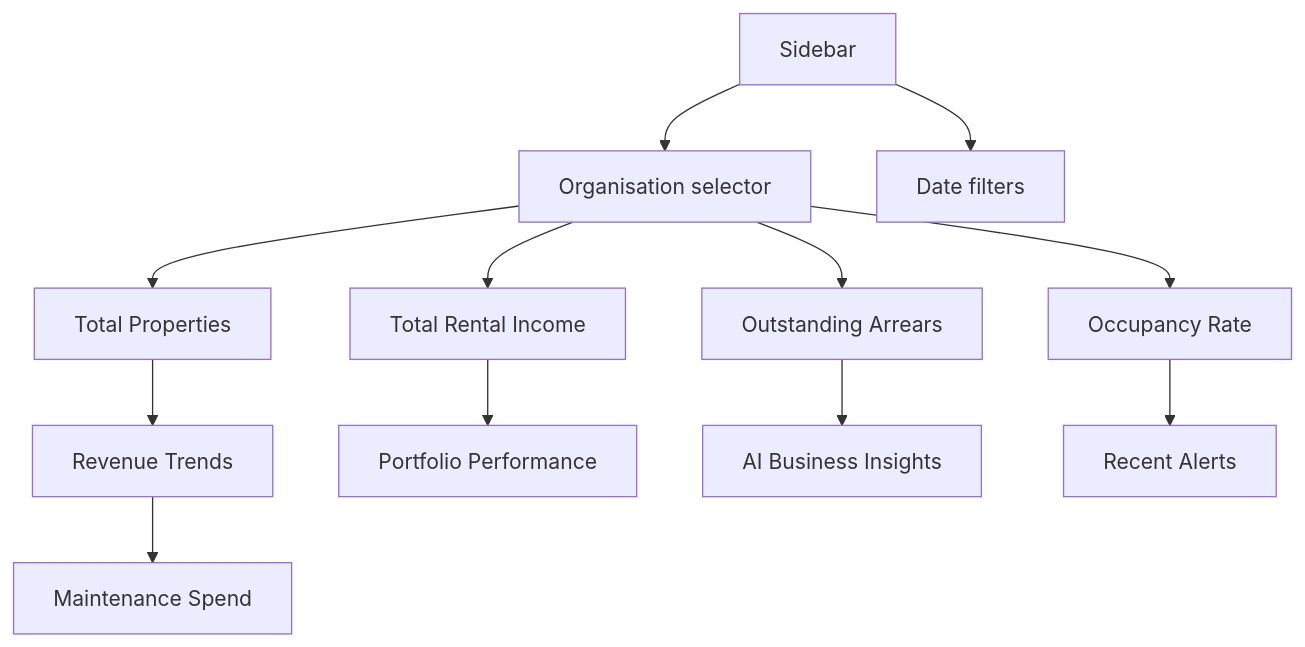
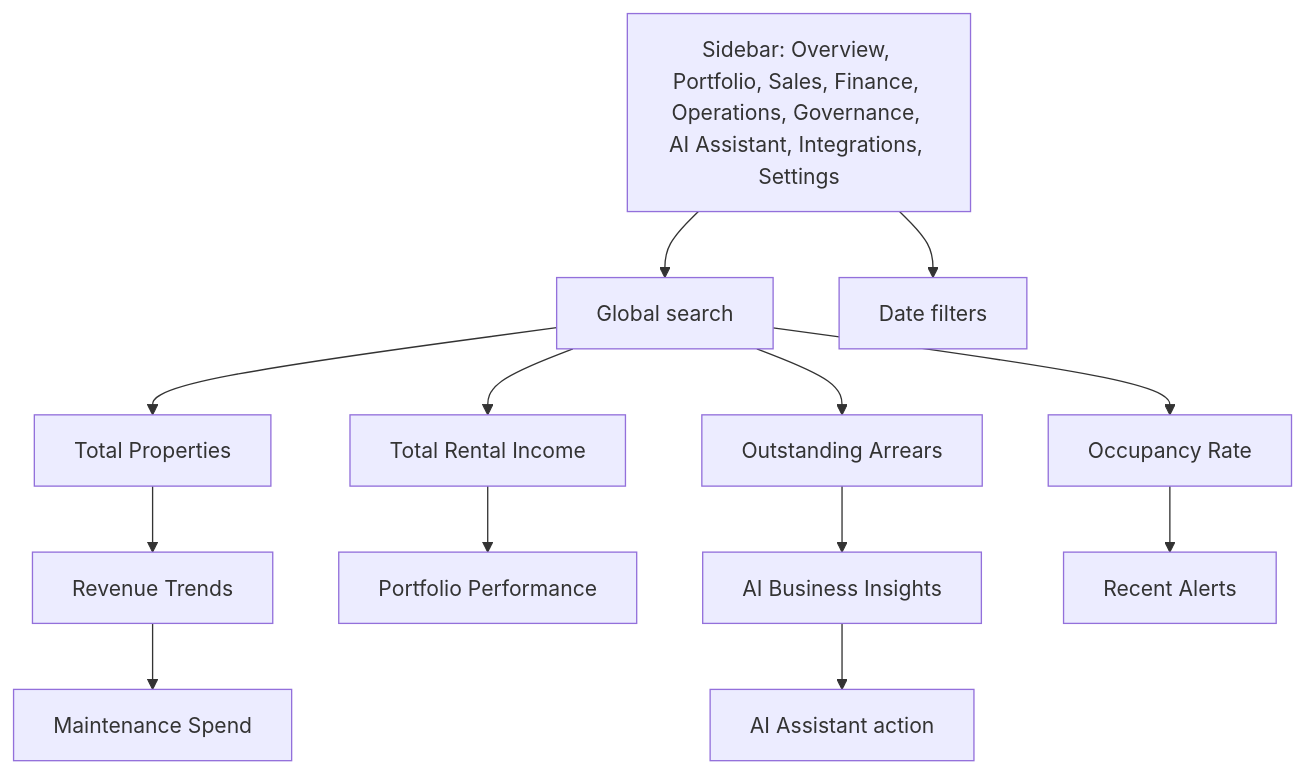
The ninth of 17 diagrams in README.md (Web8080/enterprise-intelligence-platform), drawn with Mermaid before and after one commit. The commit also changed other lines of this file and 15 other files, not shown here.

Commit message:
Add sales, AI assistant, integrations and settings dashboard views

````diff
--- a/README.md
+++ b/README.md
@@ -198,14 +210,15 @@
 ```mermaid
 flowchart TB
-    A[Sidebar] --> B[Organisation selector]
+    A[Sidebar: Overview, Portfolio, Sales, Finance, Operations, Governance, AI Assistant, Integrations, Settings] --> B[Global search]
     A --> C[Date filters]
     B --> D[Total Properties]
     B --> E[Total Rental Income]
     B --> F[Outstanding Arrears]
     B --> G[Occupancy Rate]
     D --> H[Revenue Trends]
     E --> I[Portfolio Performance]
     F --> J[AI Business Insights]
     G --> K[Recent Alerts]
     H --> L[Maintenance Spend]
+    J --> M[AI Assistant action]
 ```
````
